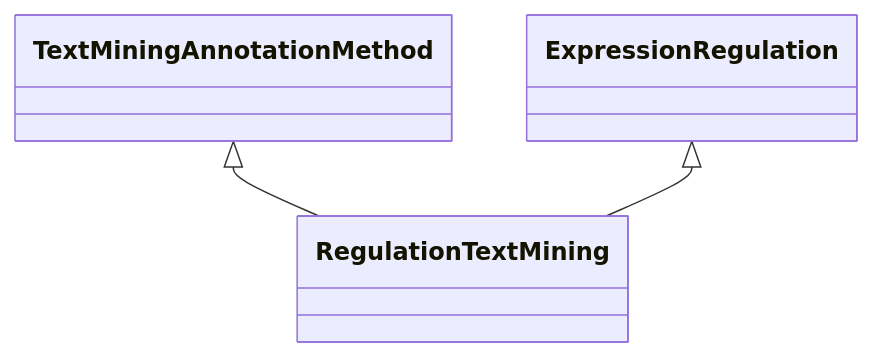
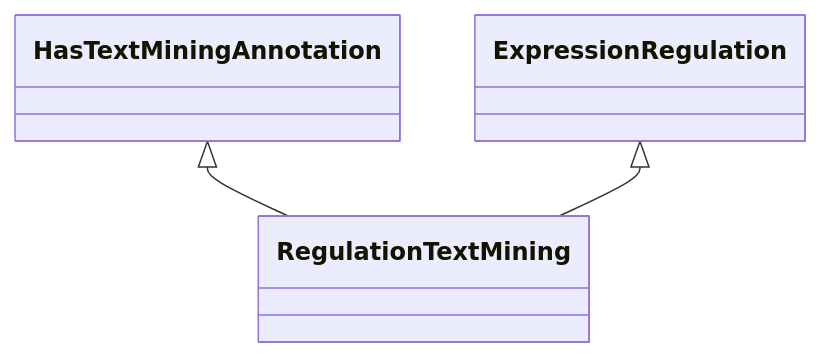
Before and after one commit to KnetMiner/knetminer-schemas: the diagram in semantic-motif-taxonomy/knet-motif-categories-doc/RegulationTextMining.md, drawn with Mermaid. The commit also changed other lines of this file and 59 other files, not shown here.

````diff
--- a/semantic-motif-taxonomy/knet-motif-categories-doc/RegulationTextMining.md
+++ b/semantic-motif-taxonomy/knet-motif-categories-doc/RegulationTextMining.md
@@ -21,11 +21,11 @@
 ```mermaid
  classDiagram
     class RegulationTextMining
     click RegulationTextMining href "../RegulationTextMining"
-      TextMiningAnnotationMethod <|-- RegulationTextMining
-        click TextMiningAnnotationMethod href "../TextMiningAnnotationMethod"
+      HasTextMiningAnnotation <|-- RegulationTextMining
+        click HasTextMiningAnnotation href "../HasTextMiningAnnotation"
       ExpressionRegulation <|-- RegulationTextMining
         click ExpressionRegulation href "../ExpressionRegulation"
       
       
 ```
````
